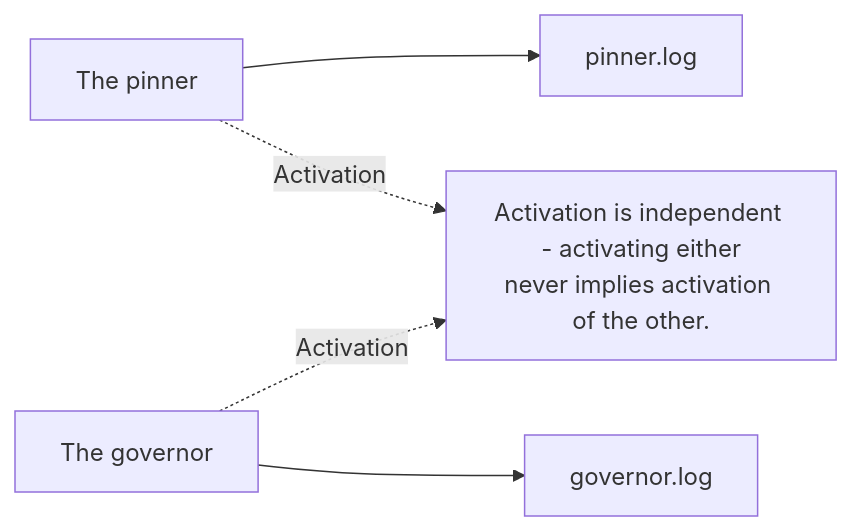
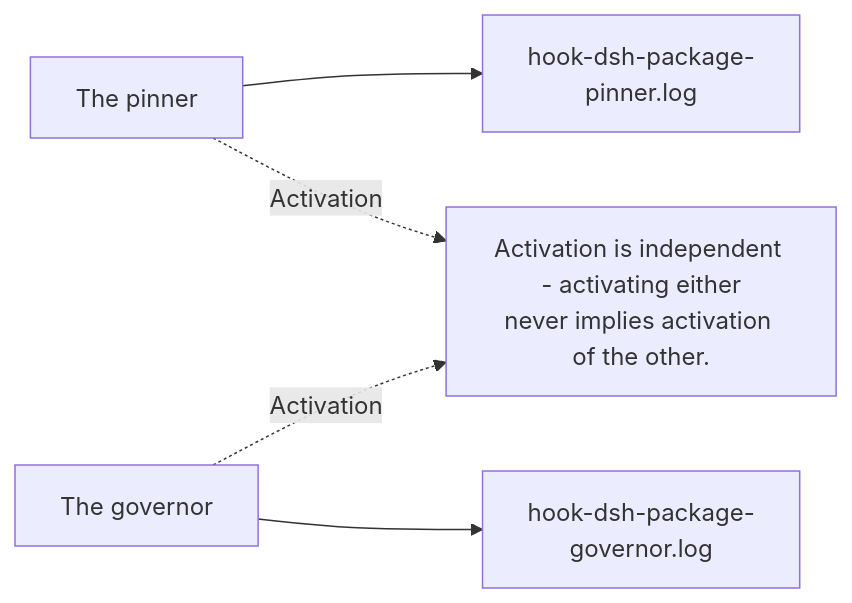
Before and after one commit to PlayForm/Site-DeepSeek: the diagram in Source/Content/Mermaid/independent-ledgers.mmd, drawn with Mermaid. The commit also changed 77 other files, not shown here.

```diff
--- a/Source/Content/Mermaid/independent-ledgers.mmd
+++ b/Source/Content/Mermaid/independent-ledgers.mmd
@@ -1,6 +1,6 @@
 flowchart LR
-	PINNER["The pinner"] --> PL["pinner.log"]
-	GOV["The governor"] --> GL["governor.log"]
+	PINNER["The pinner"] --> PL["hook-dsh-package-<br/>pinner.log"]
+	GOV["The governor"] --> GL["hook-dsh-package-<br/>governor.log"]
 	ACT["Activation is independent - activating either<br/>never implies activation of the other."]
 	PINNER -. "Activation" .-> ACT
 	GOV -. "Activation" .-> ACT
```
